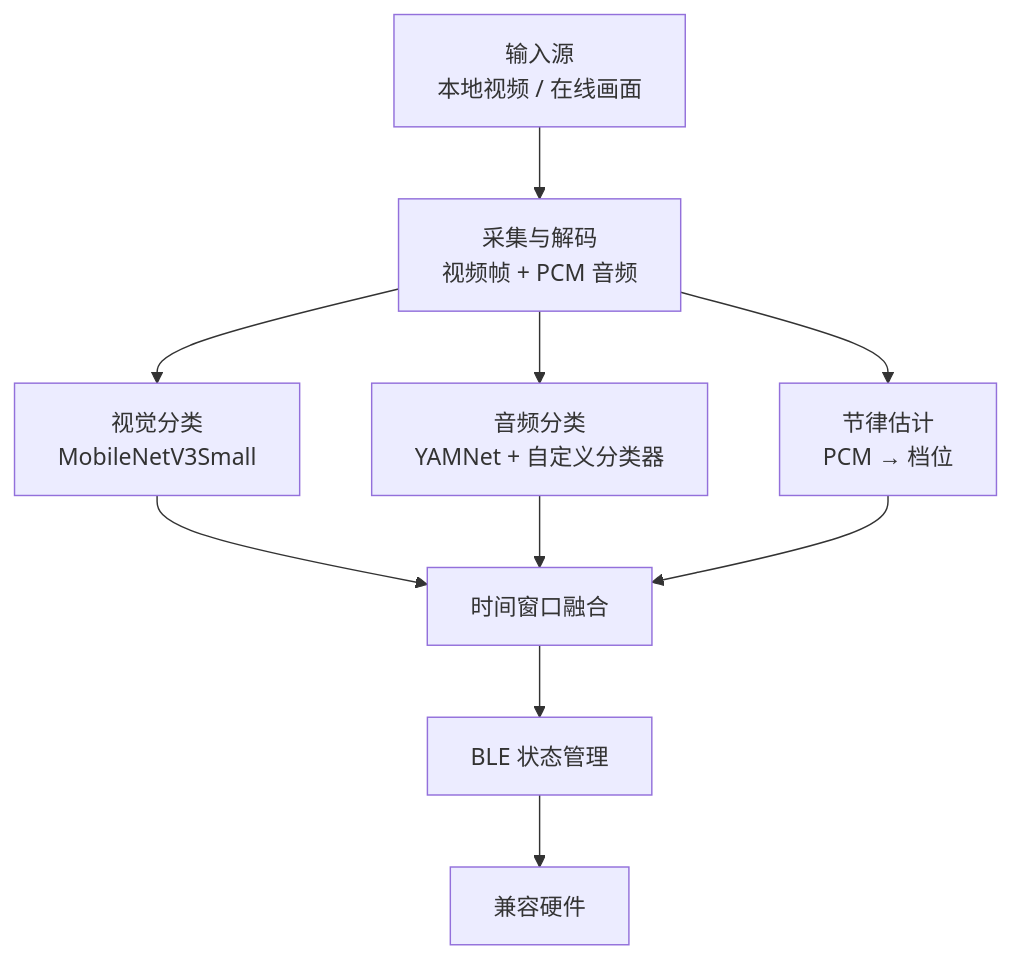
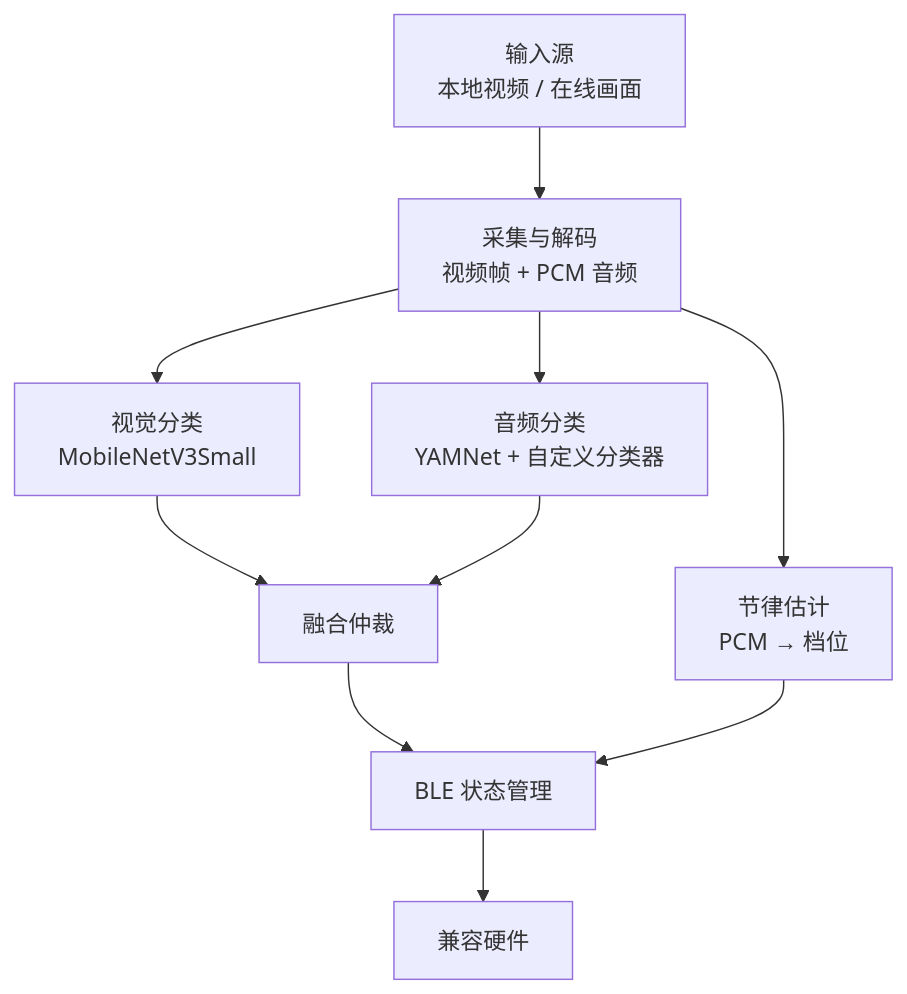
The diagram in README.md (Tingfu-Zhou/Xcup-ios), drawn with Mermaid before and after one commit. The commit also changed other lines of this file and 5 other files, not shown here.

````diff
--- a/README.md
+++ b/README.md
@@ -41,12 +41,12 @@
 ```mermaid
 flowchart TB
     A["输入源<br/>本地视频 / 在线画面"] --> B["采集与解码<br/>视频帧 + PCM 音频"]
     B --> C["视觉分类<br/>MobileNetV3Small"]
     B --> D["音频分类<br/>YAMNet + 自定义分类器"]
     B --> E["节律估计<br/>PCM → 档位"]
-    C --> F["时间窗口融合"]
+    C --> F["融合仲裁"]
     D --> F
-    E --> F
     F --> G["BLE 状态管理"]
+    E --> G
     G --> H["兼容硬件"]
 ```
````
